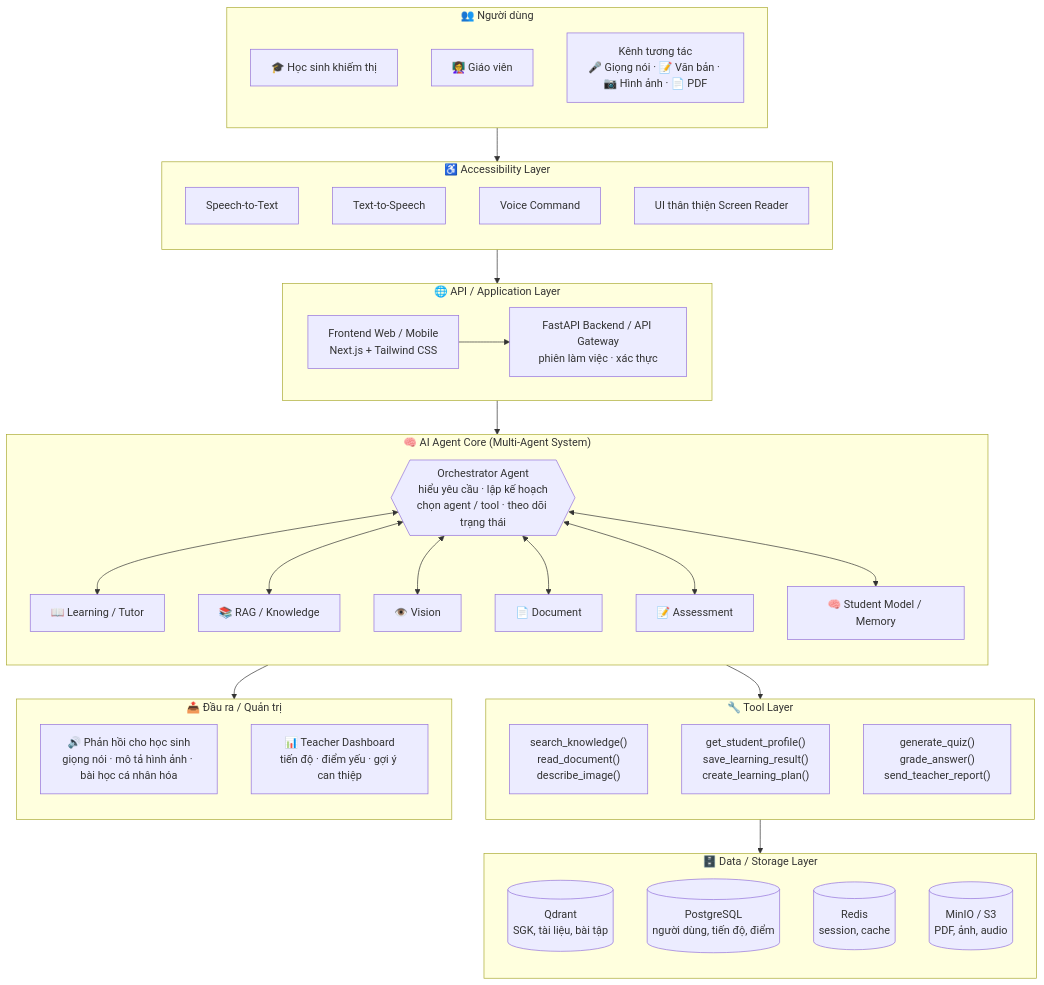
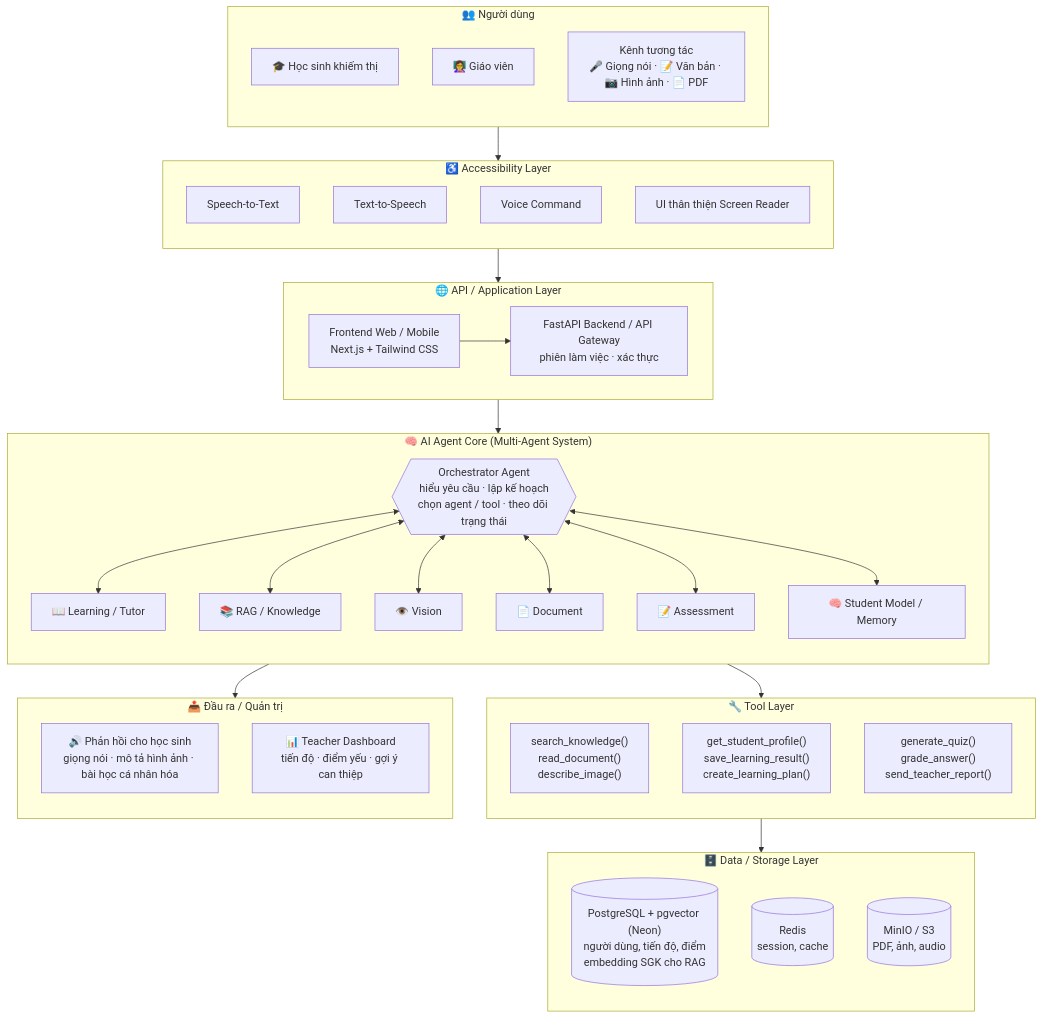
One commit to DuykoNgu/VAJH changed the first of 3 diagrams in README.md. Above: the diagram before and after it, drawn with Mermaid. The commit also changed other lines of this file and 63 other files, not shown here.

````diff
--- a/README.md
+++ b/README.md
@@ -154,52 +155,51 @@
 ```mermaid
 flowchart TB
     subgraph USERS["👥 Người dùng"]
         direction TB
         HS["🎓 Học sinh khiếm thị"]
         GV["👩‍🏫 Giáo viên"]
         CH["Kênh tương tác<br/>🎤 Giọng nói · 📝 Văn bản · 📷 Hình ảnh · 📄 PDF"]
     end
 
     subgraph ACC["♿ Accessibility Layer"]
         direction TB
         STT["Speech-to-Text"]
         TTS["Text-to-Speech"]
         VC["Voice Command"]
         SR["UI thân thiện Screen Reader"]
     end
 
     subgraph APP["🌐 API / Application Layer"]
         direction LR
         FE["Frontend Web / Mobile<br/>Next.js + Tailwind CSS"] --> BE["FastAPI Backend / API Gateway<br/>phiên làm việc · xác thực"]
     end
 
     subgraph CORE["🧠 AI Agent Core (Multi-Agent System)"]
         direction TB
         ORC{{"Orchestrator Agent<br/>hiểu yêu cầu · lập kế hoạch<br/>chọn agent / tool · theo dõi trạng thái"}}
         ORC <--> TUT["📖 Learning / Tutor"] & RAG["📚 RAG / Knowledge"] & VIS["👁️ Vision"] & DOC["📄 Document"] & ASM["📝 Assessment"] & STM["🧠 Student Model / Memory"]
     end
 
     subgraph TOOLS["🔧 Tool Layer"]
         direction TB
         T1["search_knowledge()<br/>read_document()<br/>describe_image()"]
         T2["get_student_profile()<br/>save_learning_result()<br/>create_learning_plan()"]
         T3["generate_quiz()<br/>grade_answer()<br/>send_teacher_report()"]
     end
 
     subgraph DATA["🗄️ Data / Storage Layer"]
         direction TB
-        QD[("Qdrant<br/>SGK, tài liệu, bài tập")]
-        PG[("PostgreSQL<br/>người dùng, tiến độ, điểm")]
+        PG[("PostgreSQL + pgvector (Neon)<br/>người dùng, tiến độ, điểm<br/>embedding SGK cho RAG")]
         RD[("Redis<br/>session, cache")]
         S3[("MinIO / S3<br/>PDF, ảnh, audio")]
     end
 
     subgraph OUT["📤 Đầu ra / Quản trị"]
         direction TB
         RES["🔊 Phản hồi cho học sinh<br/>giọng nói · mô tả hình ảnh · bài học cá nhân hóa"]
         TD["📊 Teacher Dashboard<br/>tiến độ · điểm yếu · gợi ý can thiệp"]
     end
 
     USERS --> ACC --> APP --> CORE --> TOOLS --> DATA
     CORE --> OUT
 ```
````
